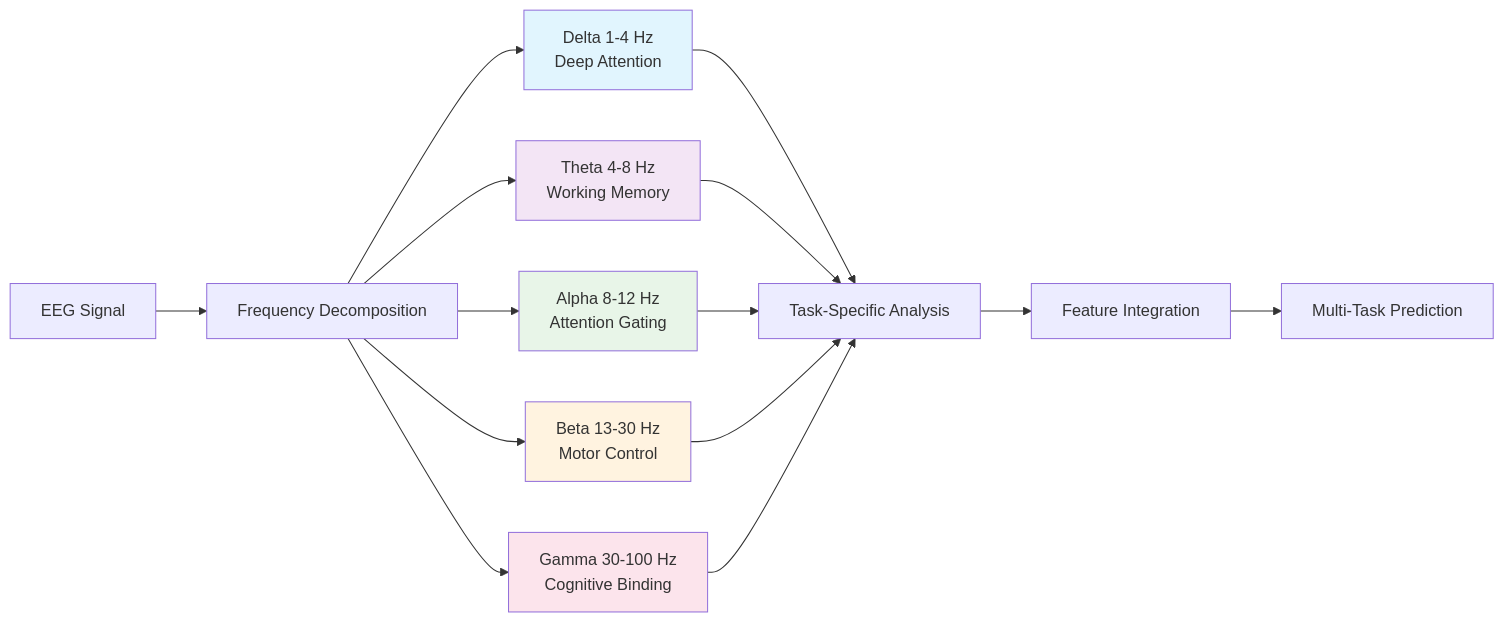
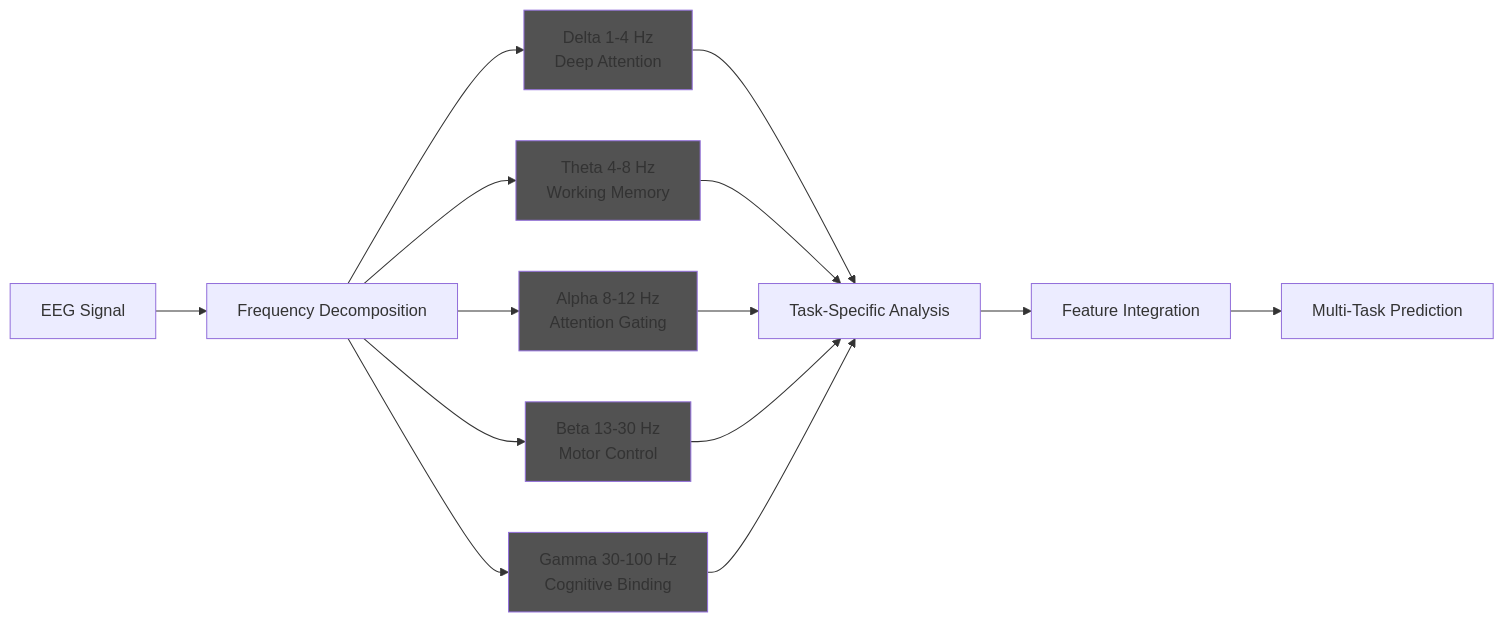
The second of 3 diagrams in README.md (hkevin01/eeg2025), drawn with Mermaid before and after one commit. The commit also changed other lines of this file, not shown here.

Commit message:
Update README styles for challenge-specific task mapping to improve visual consistency

````diff
--- a/README.md
+++ b/README.md
@@ -494,26 +494,26 @@
 ```mermaid
 graph LR
     A[EEG Signal] --> B[Frequency Decomposition]
 
     B --> C[Delta 1-4 Hz<br/>Deep Attention]
     B --> D[Theta 4-8 Hz<br/>Working Memory]
     B --> E[Alpha 8-12 Hz<br/>Attention Gating]
     B --> F[Beta 13-30 Hz<br/>Motor Control]
     B --> G[Gamma 30-100 Hz<br/>Cognitive Binding]
 
     C --> H[Task-Specific Analysis]
     D --> H
     E --> H
     F --> H
     G --> H
 
     H --> I[Feature Integration]
 
     I --> J[Multi-Task Prediction]
 
-    style C fill:#e1f5fe
-    style D fill:#f3e5f5
-    style E fill:#e8f5e8
-    style F fill:#fff3e0
-    style G fill:#fce4ec
+    style C fill:#525252
+    style D fill:#525252
+    style E fill:#525252
+    style F fill:#525252
+    style G fill:#525252
 ```
````
